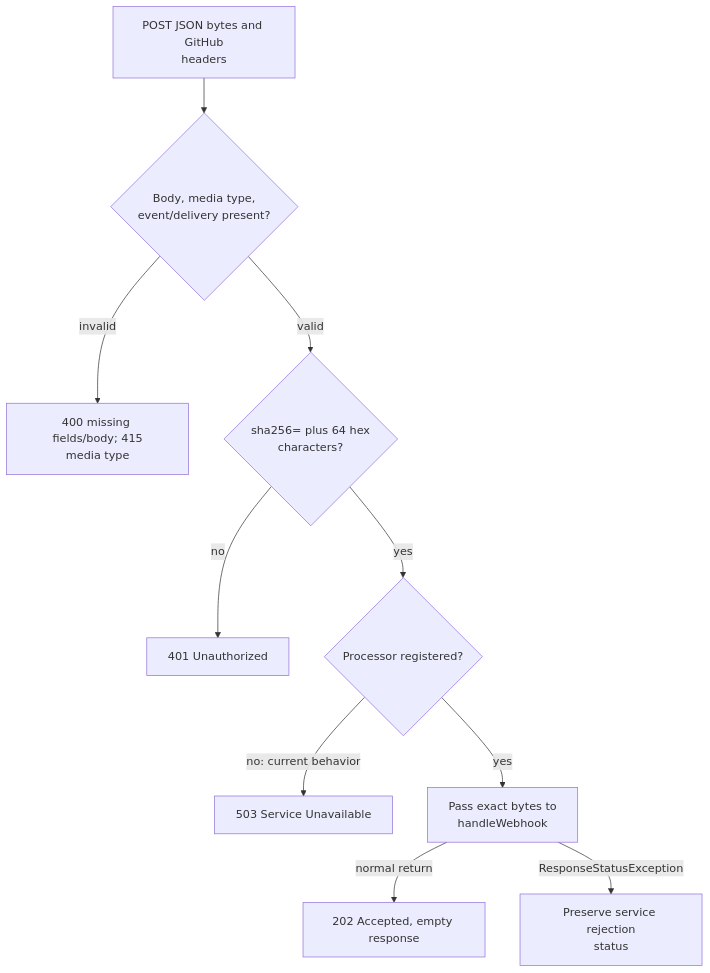
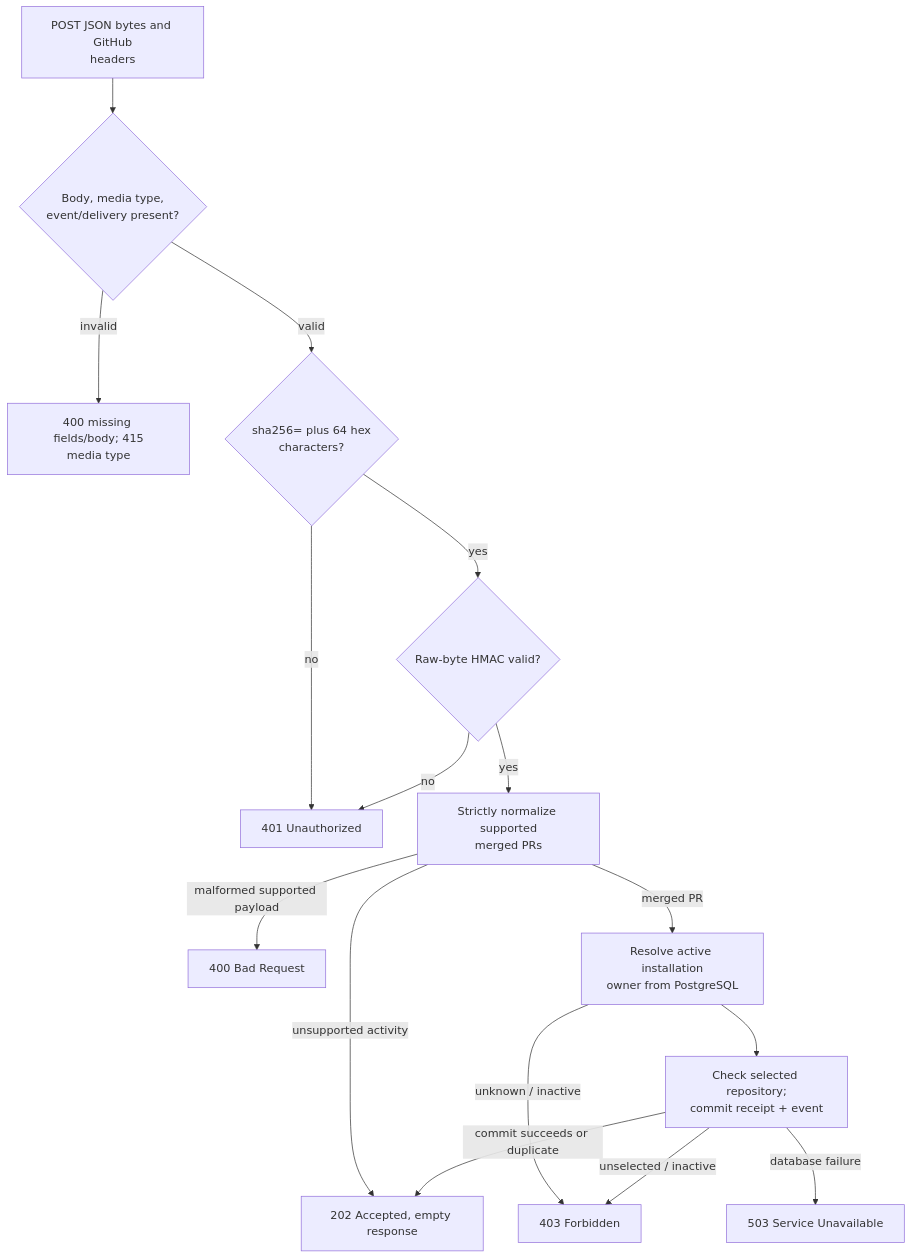
One commit to ChangeGuardHQ/changuard-platform changed the ninth of 12 diagrams in backend/README.md. Above: the diagram before and after it, drawn with Mermaid. The commit also changed other lines of this file and 29 other files, not shown here.

Commit message:
added postgreSQL and connector persistence

````diff
--- a/backend/README.md
+++ b/backend/README.md
@@ -406,12 +599,18 @@
 ```mermaid
 flowchart TD
     Request["POST JSON bytes and GitHub<br/>headers"] --> Binding{"Body, media type,<br/>event/delivery present?"}
     Binding -->|"invalid"| BadRequest["400 missing fields/body; 415<br/>media type"]
     Binding -->|"valid"| Signature{"sha256= plus 64 hex<br/>characters?"}
     Signature -->|"no"| Unauthorized["401 Unauthorized"]
-    Signature -->|"yes"| Service{"Processor registered?"}
-    Service -->|"no: current behavior"| Unavailable["503 Service Unavailable"]
-    Service -->|"yes"| Handle["Pass exact bytes to<br/>handleWebhook"]
-    Handle -->|"normal return"| Accepted["202 Accepted, empty response"]
-    Handle -->|"ResponseStatusException"| Rejection["Preserve service rejection<br/>status"]
+    Signature -->|"yes"| HMAC{"Raw-byte HMAC valid?"}
+    HMAC -->|"no"| Unauthorized
+    HMAC -->|"yes"| Normalize["Strictly normalize supported<br/>merged PRs"]
+    Normalize -->|"malformed supported payload"| PayloadError["400 Bad Request"]
+    Normalize -->|"unsupported activity"| Accepted["202 Accepted, empty response"]
+    Normalize -->|"merged PR"| Owner["Resolve active installation<br/>owner from PostgreSQL"]
+    Owner --> Store["Check selected repository;<br/>commit receipt + event"]
+    Owner -->|"unknown / inactive"| Forbidden["403 Forbidden"]
+    Store -->|"unselected / inactive"| Forbidden
+    Store -->|"commit succeeds or duplicate"| Accepted
+    Store -->|"database failure"| Unavailable["503 Service Unavailable"]
 ```
````
